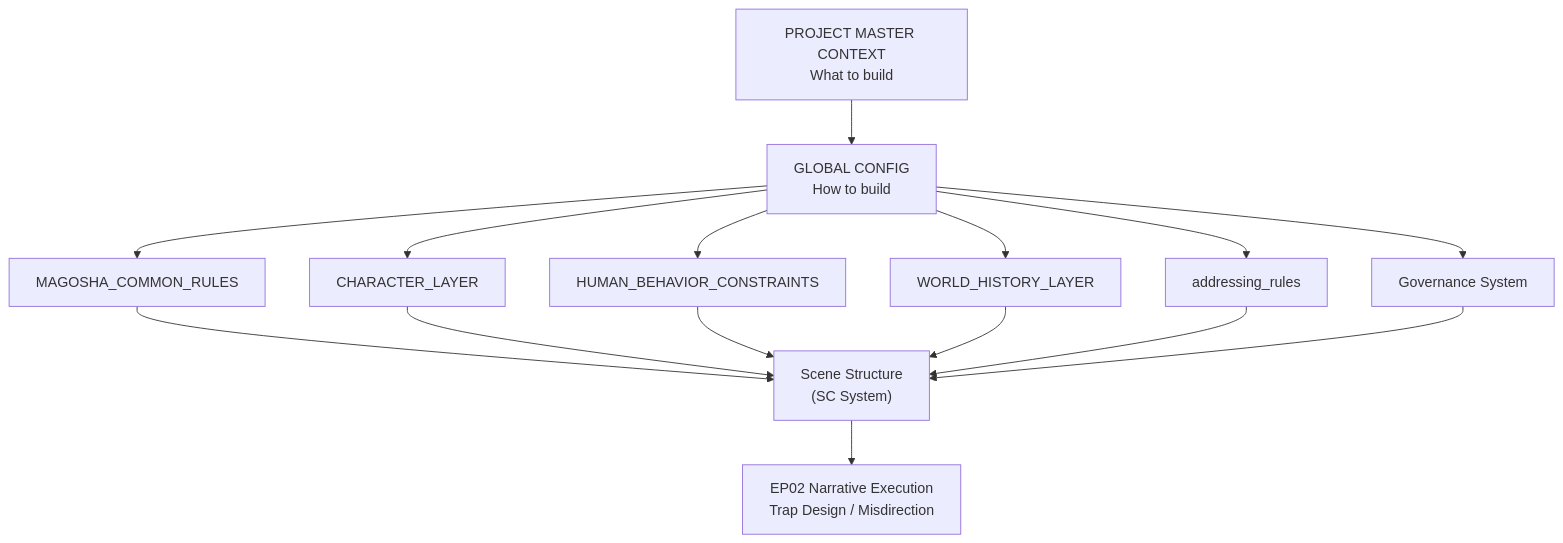
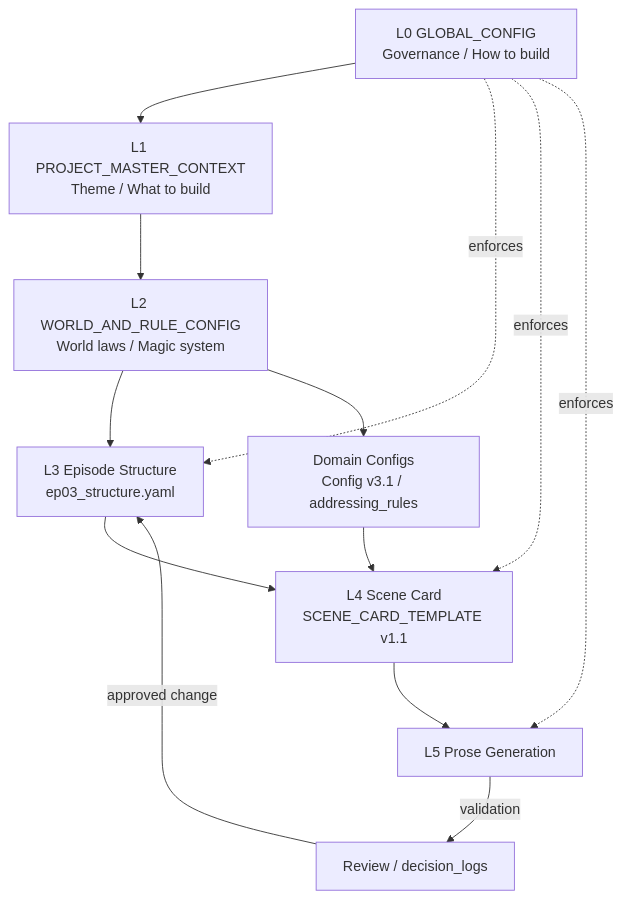
The diagram in README.md (tokyoscarecrow/kannagi-diary-devlog), drawn with Mermaid before and after one commit. The commit also changed other lines of this file, not shown here.

````diff
--- a/README.md
+++ b/README.md
@@ -29,21 +29,20 @@
 ```mermaid
 flowchart TD
-    A["PROJECT MASTER CONTEXT<br/>What to build"] --> B["GLOBAL CONFIG<br/>How to build"]
+    L0["L0 GLOBAL_CONFIG<br/>Governance / How to build"]
+    L1["L1 PROJECT_MASTER_CONTEXT<br/>Theme / What to build"]
+    L2["L2 WORLD_AND_RULE_CONFIG<br/>World laws / Magic system"]
+    L3["L3 Episode Structure<br/>ep03_structure.yaml"]
+    L4["L4 Scene Card<br/>SCENE_CARD_TEMPLATE v1.1"]
+    L5["L5 Prose Generation"]
 
-    B --> C1["MAGOSHA_COMMON_RULES"]
-    B --> C2["CHARACTER_LAYER"]
-    B --> C3["HUMAN_BEHAVIOR_CONSTRAINTS"]
-    B --> C4["WORLD_HISTORY_LAYER"]
-    B --> C5["addressing_rules"]
+    L0 --> L1 --> L2 --> L3 --> L4 --> L5
+    L0 -.enforces.-> L3
+    L0 -.enforces.-> L4
+    L0 -.enforces.-> L5
 
-    C1 --> D["Scene Structure<br/>(SC System)"]
-    C2 --> D
-    C3 --> D
-    C4 --> D
-    C5 --> D
+    C["Domain Configs<br/>Config v3.1 / addressing_rules"] --> L4
+    L2 --> C
 
-    D --> E["EP02 Narrative Execution<br/>Trap Design / Misdirection"]
-
-    B --> F["Governance System"]
-    F --> D
+    L5 -->|validation| R["Review / decision_logs"]
+    R -->|approved change| L3
 ```
````
